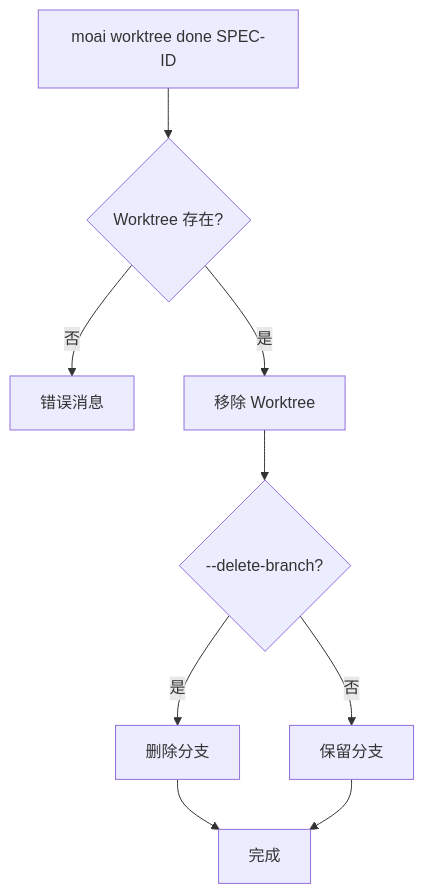
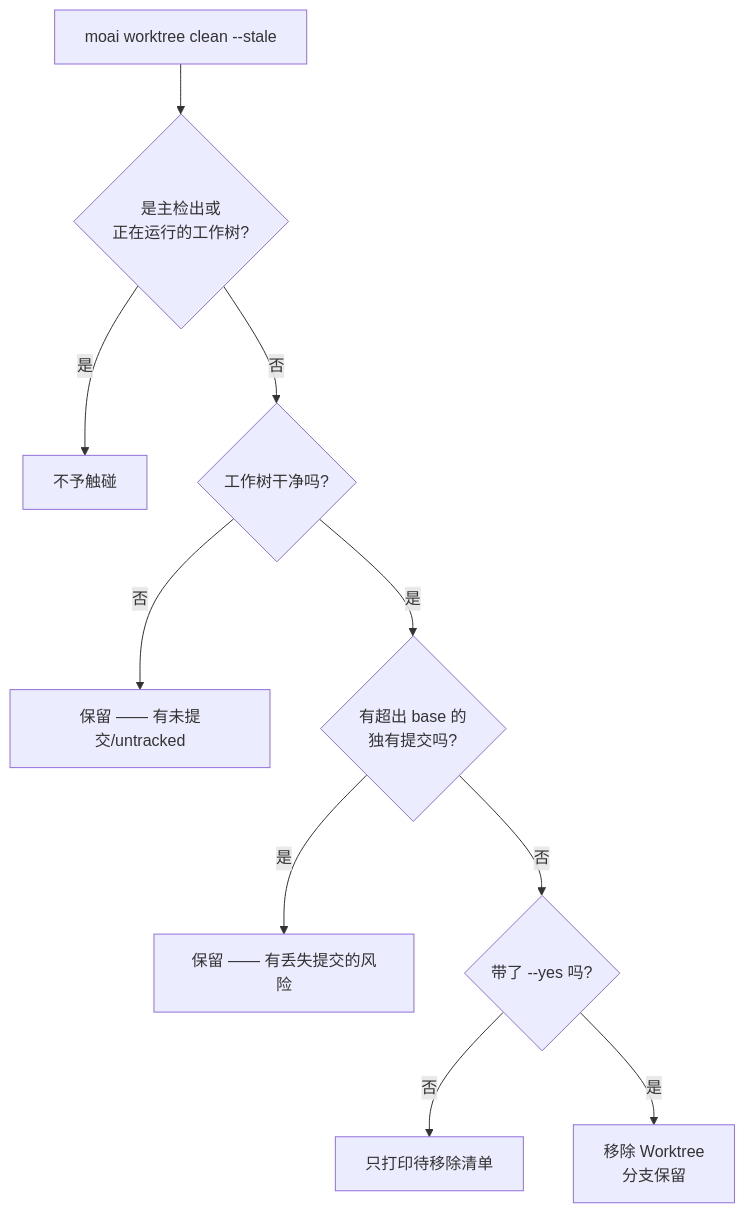
Before and after one commit to modu-ai/moai-adk: the third of 9 diagrams in docs-site/content/zh/worktree/guide.md, drawn with Mermaid. The commit also changed other lines of this file and 35 other files, not shown here.

````diff
--- a/docs-site/content/zh/worktree/guide.md
+++ b/docs-site/content/zh/worktree/guide.md
@@ -221,11 +274,12 @@
 ```mermaid
 flowchart TD
-    A[moai worktree done SPEC-ID] --> B{Worktree 存在?}
-    B -->|否| C[错误消息]
-    B -->|是| D[移除 Worktree]
-    D --> E{--delete-branch?}
-    E -->|是| F[删除分支]
-    E -->|否| G[保留分支]
-    F --> H[完成]
-    G --> H[完成]
+    A[moai worktree clean --stale] --> B{是主检出或<br/>正在运行的工作树?}
+    B -->|是| C[不予触碰]
+    B -->|否| D{工作树干净吗?}
+    D -->|否| E[保留 —— 有未提交/untracked]
+    D -->|是| F{有超出 base 的<br/>独有提交吗?}
+    F -->|是| G[保留 —— 有丢失提交的风险]
+    F -->|否| H{带了 --yes 吗?}
+    H -->|否| I[只打印待移除清单]
+    H -->|是| J[移除 Worktree<br/>分支保留]
 ```
````
